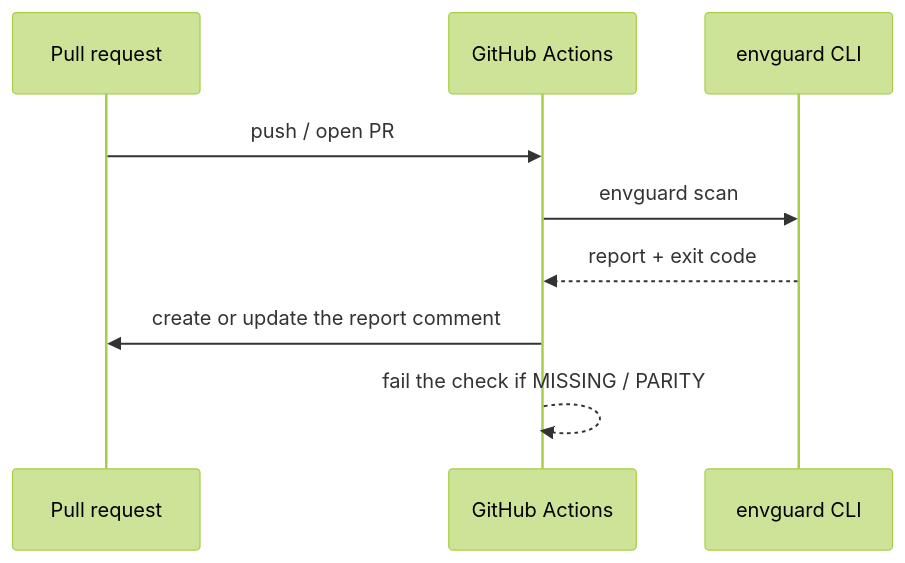
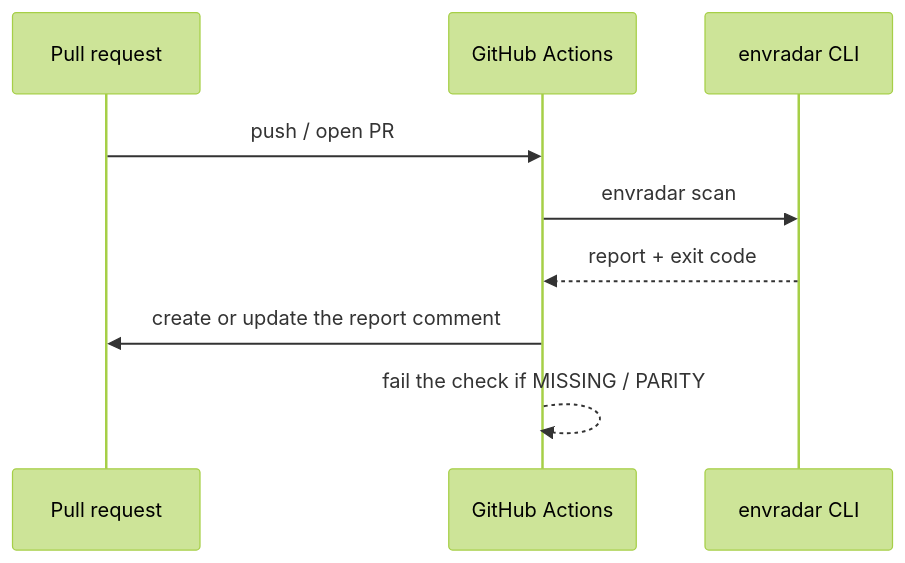
The fourth of 4 diagrams in README.md (rinorhatashi/EnvRadar), drawn with Mermaid (forest theme) before and after one commit. The commit also changed other lines of this file and 20 other files, not shown here.

````diff
--- a/README.md
+++ b/README.md
@@ -280,11 +280,11 @@
 ```mermaid
 sequenceDiagram
     participant PR as Pull request
     participant CI as GitHub Actions
-    participant EG as envguard CLI
+    participant EG as envradar CLI
     PR->>CI: push / open PR
-    CI->>EG: envguard scan
+    CI->>EG: envradar scan
     EG-->>CI: report + exit code
     CI->>PR: create or update the report comment
     CI-->>CI: fail the check if MISSING / PARITY
 ```
````
